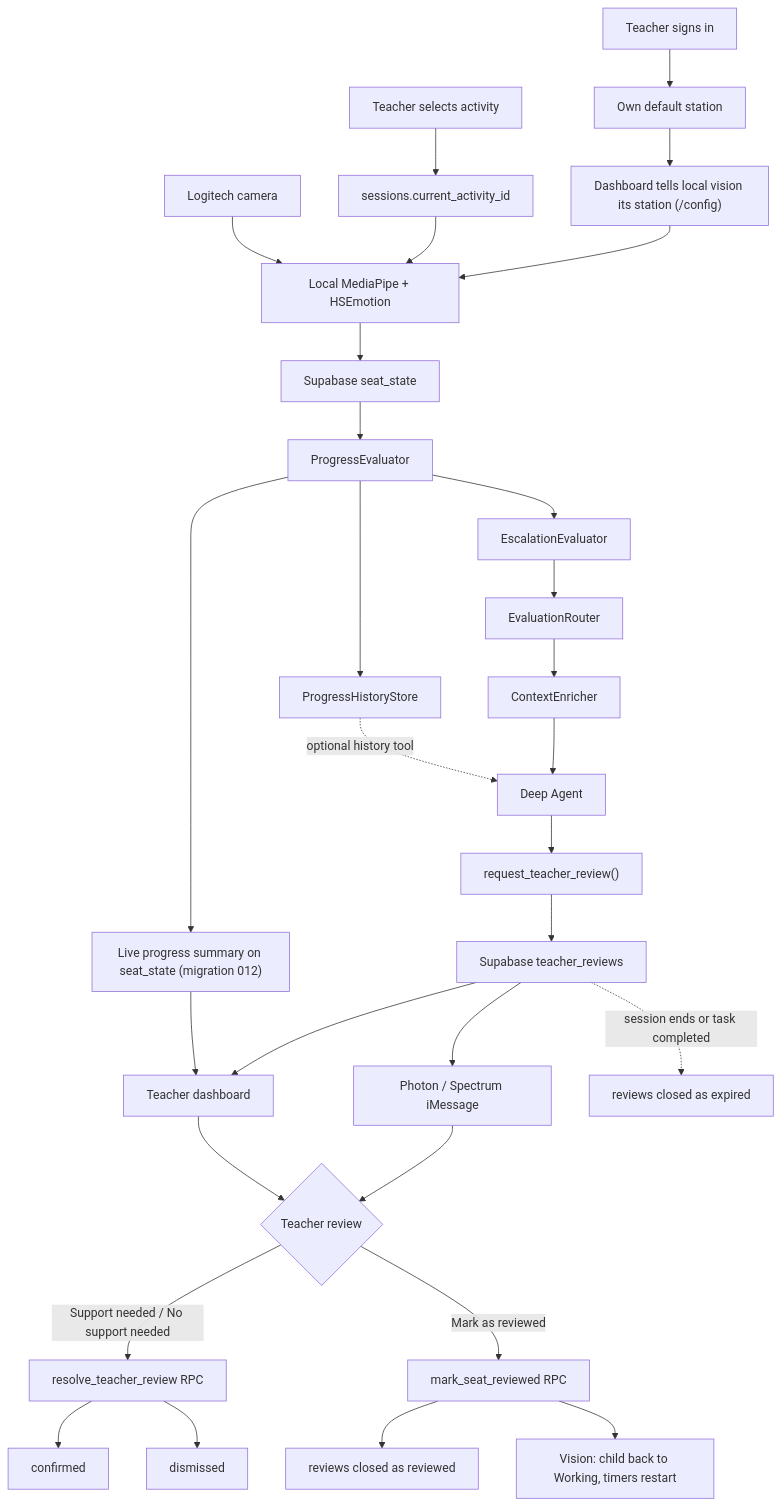
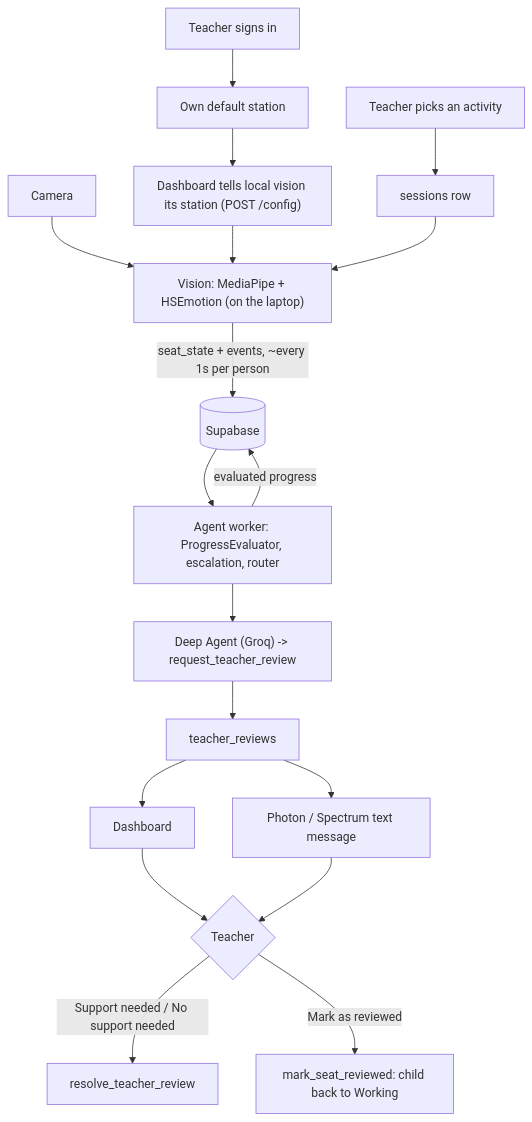
One commit to keithw24/cues changed the diagram in README.md. Above: the diagram before and after it, drawn with Mermaid. The commit also changed other lines of this file and 33 other files, not shown here.

````diff
--- a/README.md
+++ b/README.md
@@ -6,40 +12,20 @@
 ```mermaid
 flowchart TD
-    A["Teacher selects activity"] --> B["sessions.current_activity_id"]
-
-    C["Logitech camera"] --> D["Local MediaPipe + HSEmotion"]
-    B --> D
-
     T["Teacher signs in"] --> ST["Own default station"]
-    ST --> CF["Dashboard tells local vision its station (/config)"]
-    CF --> D
-
-    D --> E["Supabase seat_state"]
-    E --> F["ProgressEvaluator"]
-    F --> G["ProgressHistoryStore"]
-    F --> H["EscalationEvaluator"]
-    G -. optional history tool .-> K
-    F --> LP["Live progress summary on seat_state (migration 012)"]
-    LP --> N
-    H --> I["EvaluationRouter"]
-    I --> J["ContextEnricher"]
-    J --> K["Deep Agent"]
-
-    K --> L["request_teacher_review()"]
-    L --> M["Supabase teacher_reviews"]
-
-    M --> N["Teacher dashboard"]
-    M --> O["Photon / Spectrum iMessage"]
-
-    N --> P{"Teacher review"}
-    O --> P
-
-    P -->|Support needed / No support needed| S["resolve_teacher_review RPC"]
-    S --> Q["confirmed"]
-    S --> R["dismissed"]
-
-    P -->|Mark as reviewed| MR["mark_seat_reviewed RPC"]
-    MR --> RV["reviews closed as reviewed"]
-    MR --> V["Vision: child back to Working, timers restart"]
-    M -. session ends or task completed .-> EX["reviews closed as expired"]
+    ST --> CF["Dashboard tells local vision its station (POST /config)"]
+    A["Teacher picks an activity"] --> SS["sessions row"]
+    C["Camera"] --> V["Vision: MediaPipe + HSEmotion (on the laptop)"]
+    CF --> V
+    SS --> V
+    V -->|"seat_state + events, ~every 1s per person"| DB[("Supabase")]
+    DB --> W["Agent worker: ProgressEvaluator, escalation, router"]
+    W --> K["Deep Agent (Groq) -> request_teacher_review"]
+    K --> R["teacher_reviews"]
+    W -->|"evaluated progress"| DB
+    R --> D["Dashboard"]
+    R --> P["Photon / Spectrum text message"]
+    D --> X{"Teacher"}
+    P --> X
+    X -->|"Support needed / No support needed"| RR["resolve_teacher_review"]
+    X -->|"Mark as reviewed"| MR["mark_seat_reviewed: child back to Working"]
 ```
````
